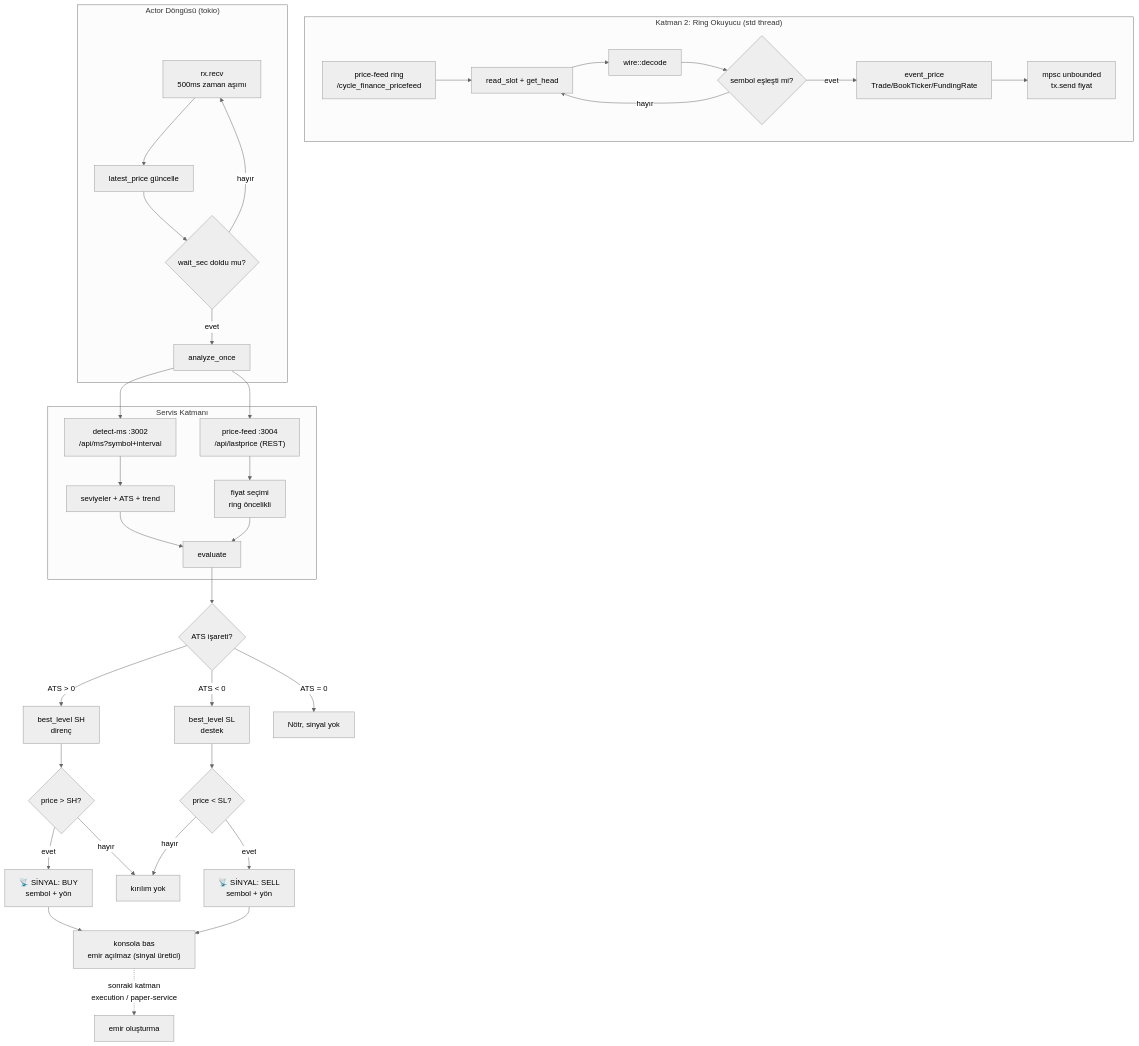
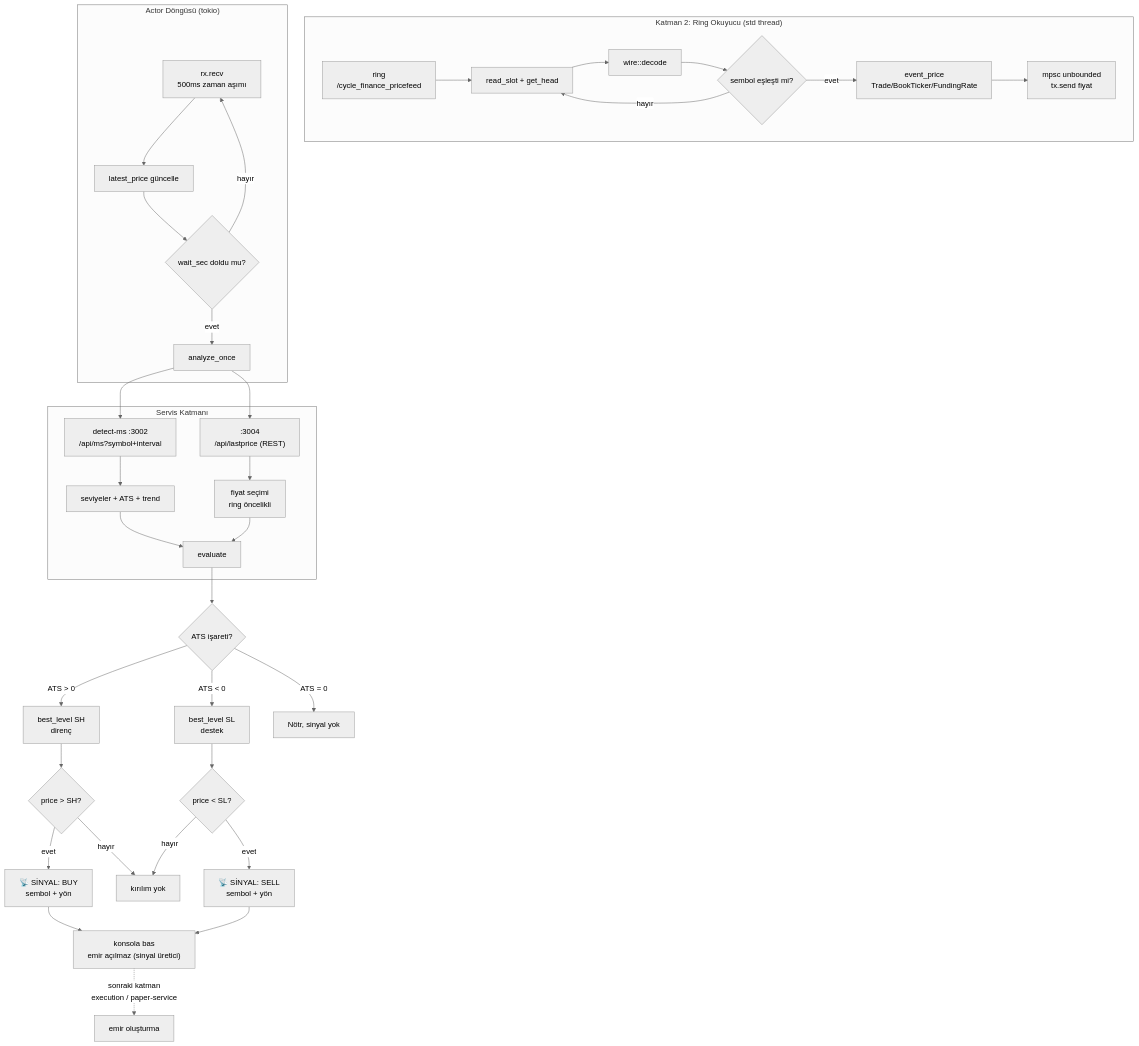
The fifth of 10 diagrams in docs/STRATEGIES_ENGINE_KAYNAK_KODU.md (Quant-Trade-Lab-Community/cycle_finance_bot), drawn with Mermaid (neutral theme) before and after one commit. The commit also changed other lines of this file and 165 other files, not shown here.

Commit message:
docs: remove deleted services' code dumps and update architecture (Bölüm 3, 2, 1); update Cargo.toml workspace; update mermaid flowcharts; remove SQLite refs

````diff
--- a/docs/STRATEGIES_ENGINE_KAYNAK_KODU.md
+++ b/docs/STRATEGIES_ENGINE_KAYNAK_KODU.md
@@ -116,38 +116,38 @@
 ```mermaid
 flowchart TD
     subgraph K2["Katman 2: Ring Okuyucu (std thread)"]
-        A["price-feed ring<br>/cycle_finance_pricefeed"] --> B["read_slot + get_head"]
+        A["ring<br>/cycle_finance_pricefeed"] --> B["read_slot + get_head"]
         B --> C["wire::decode"]
         C --> D{"sembol eşleşti mi?"}
         D -->|"hayır"| B
         D -->|"evet"| E["event_price<br>Trade/BookTicker/FundingRate"]
         E --> F["mpsc unbounded<br>tx.send fiyat"]
     end
     subgraph ACT["Actor Döngüsü (tokio)"]
         G["rx.recv<br>500ms zaman aşımı"] --> H["latest_price güncelle"]
         H --> I{"wait_sec doldu mu?"}
         I -->|"hayır"| G
         I -->|"evet"| J["analyze_once"]
     end
     subgraph SERV["Servis Katmanı"]
         K["detect-ms :3002<br>/api/ms?symbol+interval"] --> L["seviyeler + ATS + trend"]
-        M["price-feed :3004<br>/api/lastprice (REST)"] --> N["fiyat seçimi<br>ring öncelikli"]
+        M[":3004<br>/api/lastprice (REST)"] --> N["fiyat seçimi<br>ring öncelikli"]
         L --> O["evaluate"]
         N --> O
     end
     J --> K
     J --> M
     O --> P{"ATS işareti?"}
     P -->|"ATS > 0"| Q["best_level SH<br>direnç"]
     P -->|"ATS < 0"| R["best_level SL<br>destek"]
     P -->|"ATS = 0"| S["Nötr, sinyal yok"]
     Q --> T{"price > SH?"}
     T -->|"evet"| U["📡 SİNYAL: BUY<br>sembol + yön"]
     T -->|"hayır"| V["kırılım yok"]
     R --> W{"price < SL?"}
     W -->|"evet"| X["📡 SİNYAL: SELL<br>sembol + yön"]
     W -->|"hayır"| V
     U --> Y["konsola bas<br>emir açılmaz (sinyal üretici)"]
     X --> Y
     Y -.->|"sonraki katman<br>execution / paper-service"| Z["emir oluşturma"]
 ```
````
